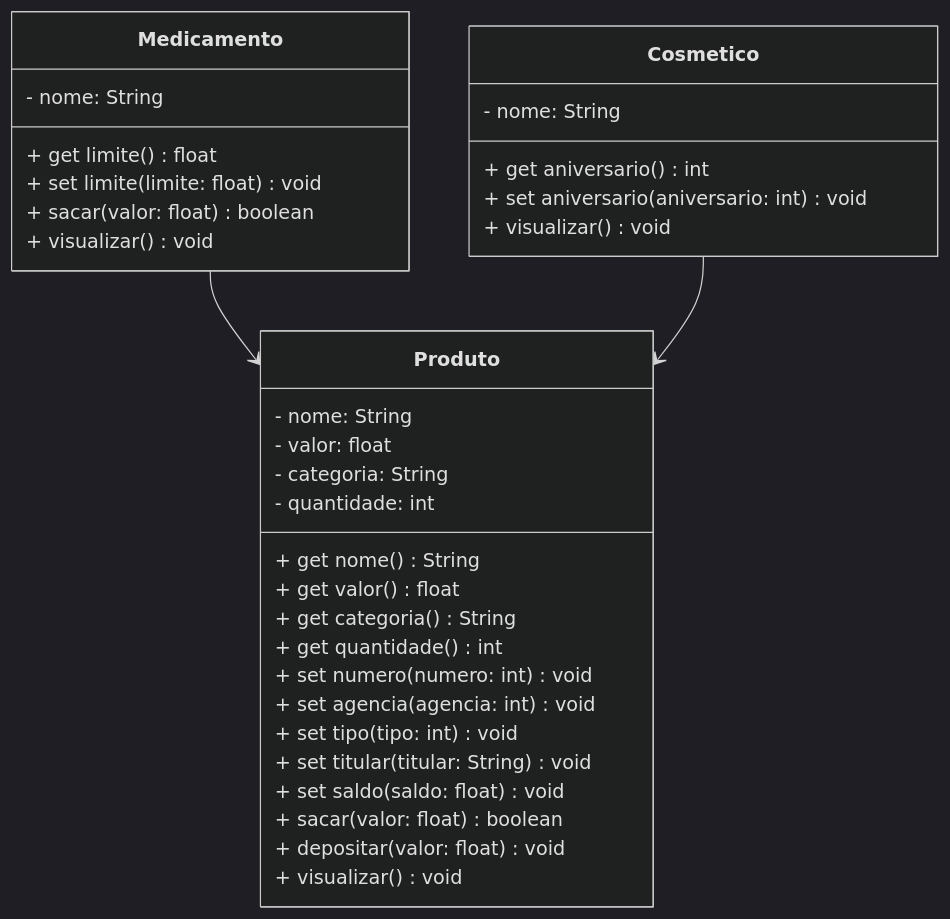
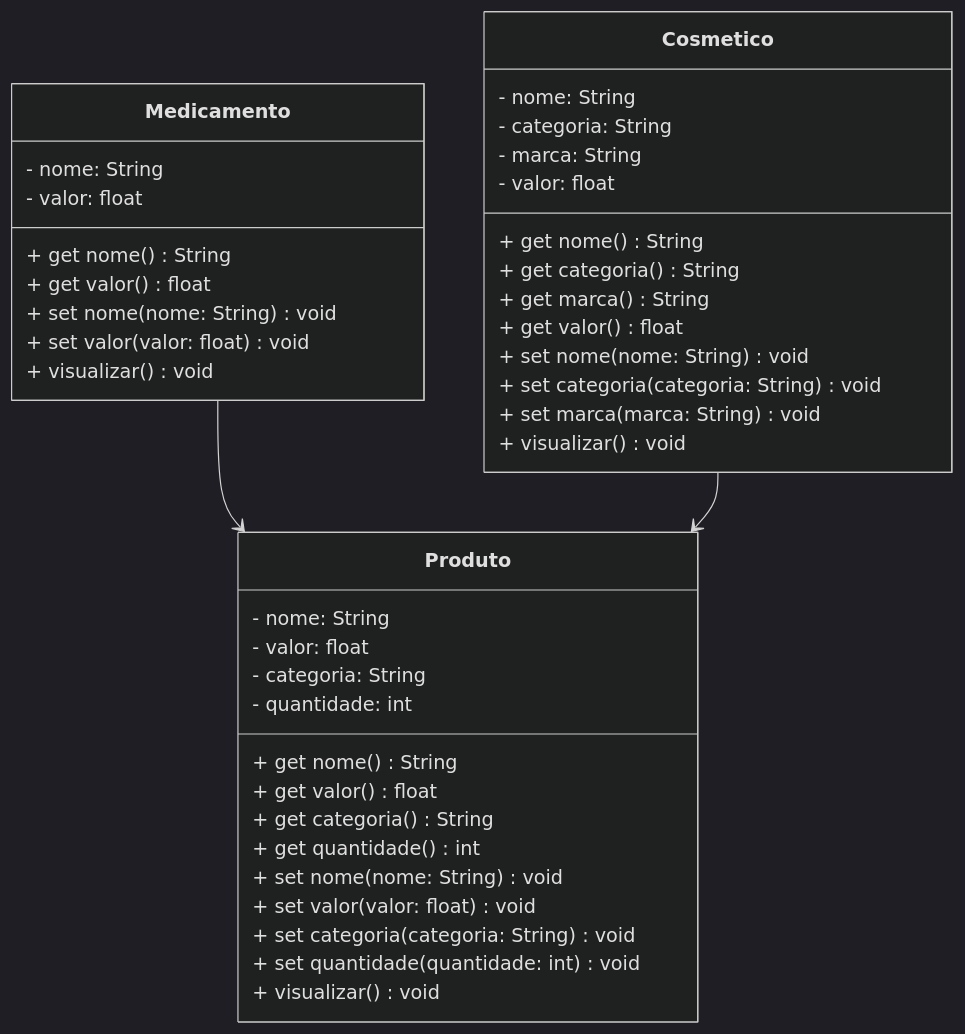
The diagram in README.md (MarciaCondarco/farmacia), drawn with Mermaid (dark theme) before and after one commit. The commit also changed other lines of this file, not shown here.

Commit message:
:books:documentação

````diff
--- a/README.md
+++ b/README.md
@@ -69,36 +63,43 @@
 ```mermaid
 classDiagram
 class Produto {
   - nome: String
   - valor: float
   - categoria: String
   - quantidade: int
   + get nome() String
   + get valor() float
   + get categoria() String
   + get quantidade() int
-  + set numero(numero: int) void
-  + set agencia(agencia: int) void
-  + set tipo(tipo: int) void
-  + set titular(titular: String) void
-  + set saldo(saldo: float) void
-  + sacar(valor: float) boolean
-  + depositar(valor: float) void
+  + set nome(nome: String) void
+  + set valor(valor: float) void
+  + set categoria(categoria: String) void
+  + set quantidade(quantidade: int) void
   + visualizar() void
 }
 class Medicamento {
   - nome: String
-  + get limite() float
-  + set limite(limite: float) void
-  + sacar(valor: float) boolean
+  - valor: float
+  + get nome() String
+  + get valor() float
+  + set nome(nome: String) void
+  + set valor(valor: float) void
   + visualizar() void
 }
 class Cosmetico {
   - nome: String
-  + get aniversario() int
-  + set aniversario(aniversario: int) void
+  - categoria: String
+  - marca: String
+  - valor: float
+  + get nome() String
+  + get categoria() String
+  + get marca() String
+  + get valor() float
+  + set nome(nome: String) void
+  + set categoria(categoria: String) void
+  + set marca(marca: String) void
   + visualizar() void
 }
 Medicamento --> Produto
 Cosmetico --> Produto
 ```
````
